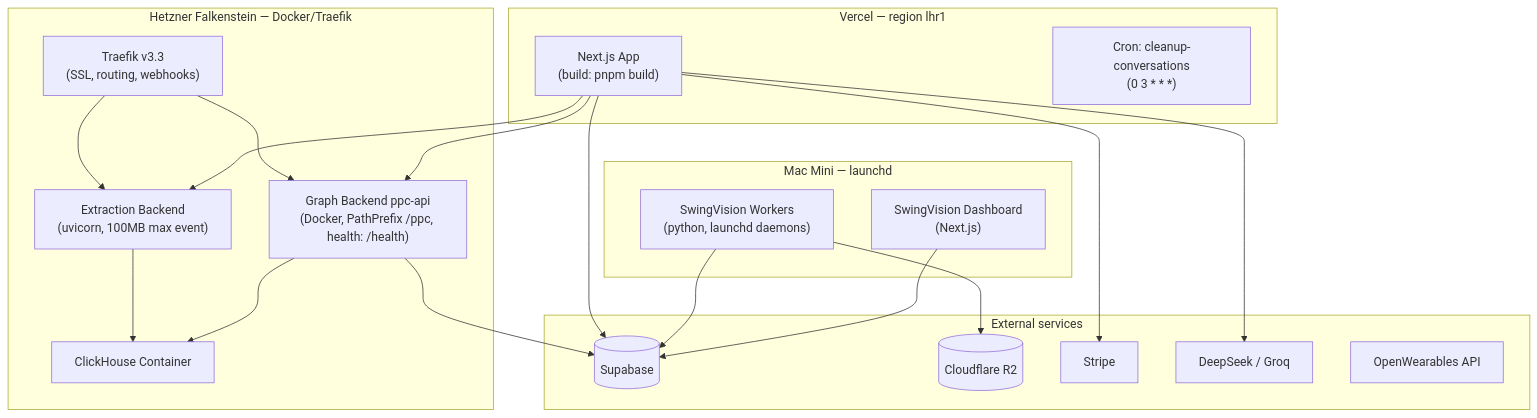
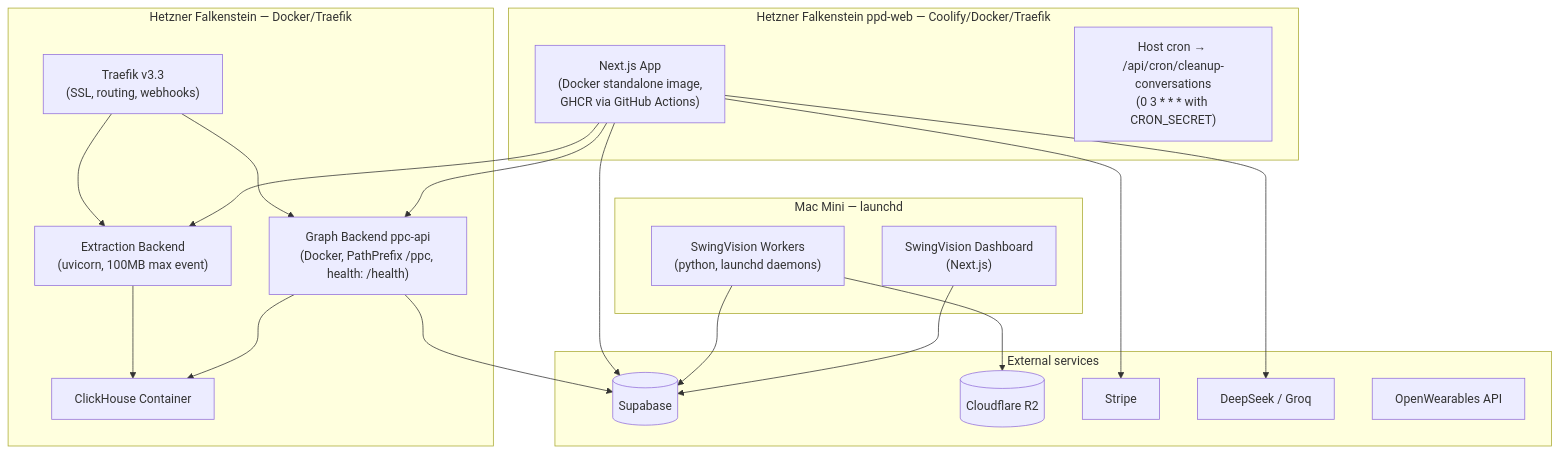
One commit to daniellpsilva1/PeakPerformanceDataMonorepo changed the diagram in docs/architecture/deployment.md. Above: the diagram before and after it, drawn with Mermaid. The commit also changed other lines of this file and 2 other files, not shown here.

First line of the commit message:
Update app submodule and record Hetzner migration

````diff
--- a/docs/architecture/deployment.md
+++ b/docs/architecture/deployment.md
@@ -33,41 +33,41 @@
 ```mermaid
 flowchart TB
-    subgraph Vercel["Vercel — region lhr1"]
-        App["Next.js App\n(build: pnpm build)"]
-        Cron["Cron: cleanup-conversations\n(0 3 * * *)"]
+    subgraph HetznerWeb["Hetzner Falkenstein ppd-web — Coolify/Docker/Traefik"]
+        App["Next.js App\n(Docker standalone image,\nGHCR via GitHub Actions)"]
+        Cron["Host cron → /api/cron/cleanup-conversations\n(0 3 * * * with CRON_SECRET)"]
     end
 
     subgraph Hetzner["Hetzner Falkenstein — Docker/Traefik"]
         Traefik["Traefik v3.3\n(SSL, routing, webhooks)"]
         Backend["Graph Backend ppc-api\n(Docker, PathPrefix /ppc, health: /health)"]
         Extraction["Extraction Backend\n(uvicorn, 100MB max event)"]
         CHContainer["ClickHouse Container"]
         Traefik --> Backend
         Traefik --> Extraction
         Extraction --> CHContainer
     end
 
     subgraph MacMini["Mac Mini — launchd"]
         SVWorkers["SwingVision Workers\n(python, launchd daemons)"]
         SVDashboard["SwingVision Dashboard\n(Next.js)"]
     end
 
     subgraph External["External services"]
         Supabase[(Supabase)]
         R2[(Cloudflare R2)]
         Stripe[Stripe]
         LLM[DeepSeek / Groq]
         OW[OpenWearables API]
     end
 
     App --> Backend
     App --> Extraction
     App --> Supabase
     App --> Stripe
     App --> LLM
     Backend --> CHContainer
     Backend --> Supabase
     SVWorkers --> R2
     SVWorkers --> Supabase
     SVDashboard --> Supabase
 ```
````
